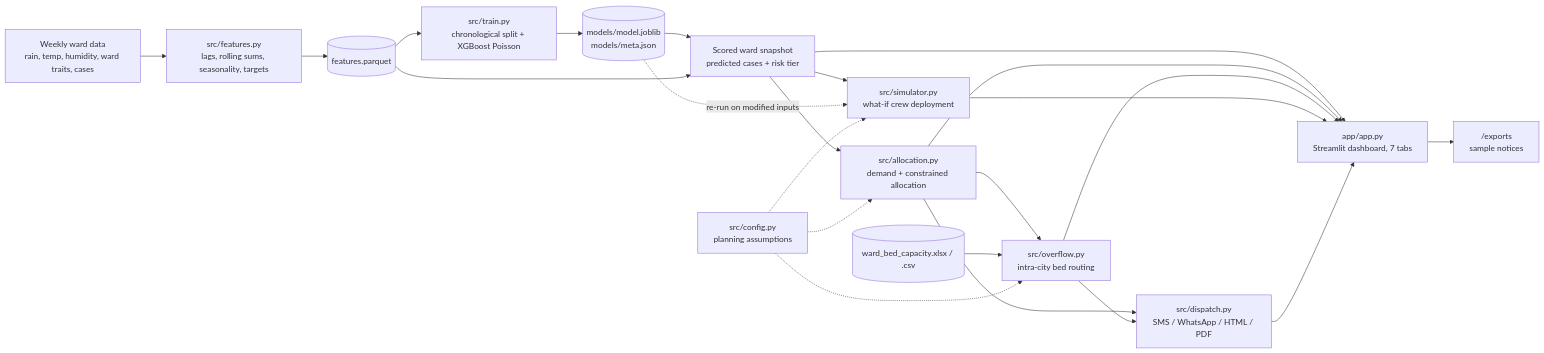
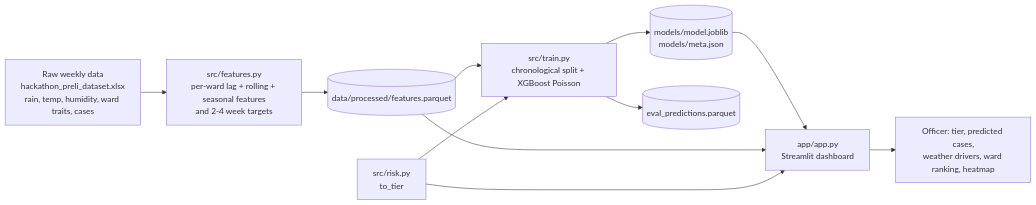
One commit to raidasalsabil/dengAlert changed the first of 2 diagrams in ARCHITECTURE.md. Above: the diagram before and after it, drawn with Mermaid. The commit also changed other lines of this file, not shown here.

First line of the commit message:
update architecture

````diff
--- a/ARCHITECTURE.md
+++ b/ARCHITECTURE.md
@@ -18,25 +7,13 @@
 ```mermaid
 flowchart LR
-    A["Weekly ward data<br/>rain, temp, humidity, ward traits, cases"] --> B["src/features.py<br/>lags, rolling sums, seasonality, targets"]
-    B --> C[("features.parquet")]
-    C --> D["src/train.py<br/>chronological split + XGBoost Poisson"]
-    D --> E[("models/model.joblib<br/>models/meta.json")]
-    E --> F["Scored ward snapshot<br/>predicted cases + risk tier"]
-    C --> F
-    F --> G["src/allocation.py<br/>demand + constrained allocation"]
-    G --> H["src/overflow.py<br/>intra-city bed routing"]
-    F --> I["src/simulator.py<br/>what-if crew deployment"]
-    E -. "re-run on modified inputs" .-> I
-    G --> J["src/dispatch.py<br/>SMS / WhatsApp / HTML / PDF"]
-    H --> J
-    K[("ward_bed_capacity.xlsx / .csv")] --> H
-    L["src/config.py<br/>planning assumptions"] -.-> G
-    L -.-> H
-    L -.-> I
-    F --> M["app/app.py<br/>Streamlit dashboard, 7 tabs"]
-    G --> M
-    H --> M
-    I --> M
-    J --> M
-    M --> N["/exports<br/>sample notices"]
+    A[Raw weekly data<br/>hackathon_preli_dataset.xlsx<br/>rain, temp, humidity, ward traits, cases] --> B[src/features.py<br/>per-ward lag + rolling + seasonal features<br/>and 2-4 week targets]
+    B --> C[(data/processed/features.parquet)]
+    C --> D[src/train.py<br/>chronological split + XGBoost Poisson]
+    D --> E[(models/model.joblib<br/>models/meta.json)]
+    D --> F[(eval_predictions.parquet)]
+    E --> G[app/app.py<br/>Streamlit dashboard]
+    C --> G
+    R[src/risk.py<br/>to_tier] --> D
+    R --> G
+    G --> H[Officer: tier, predicted cases,<br/>weather drivers, ward ranking, heatmap]
 ```
````
